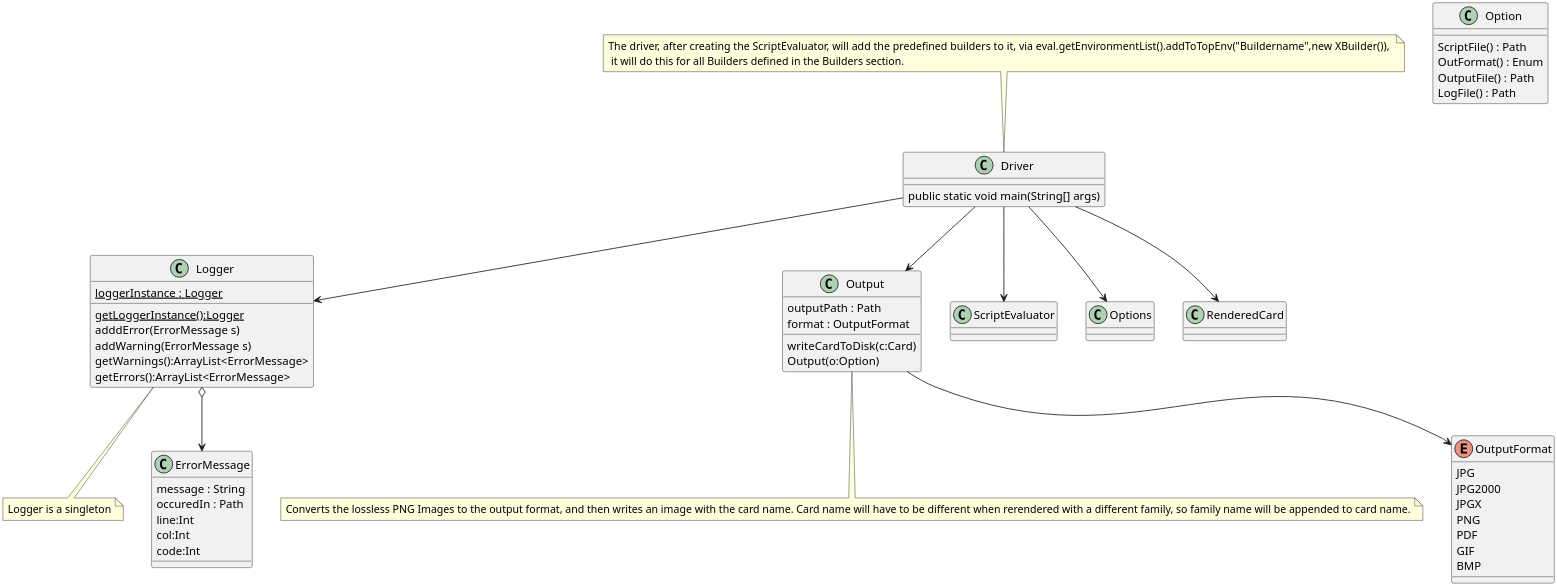
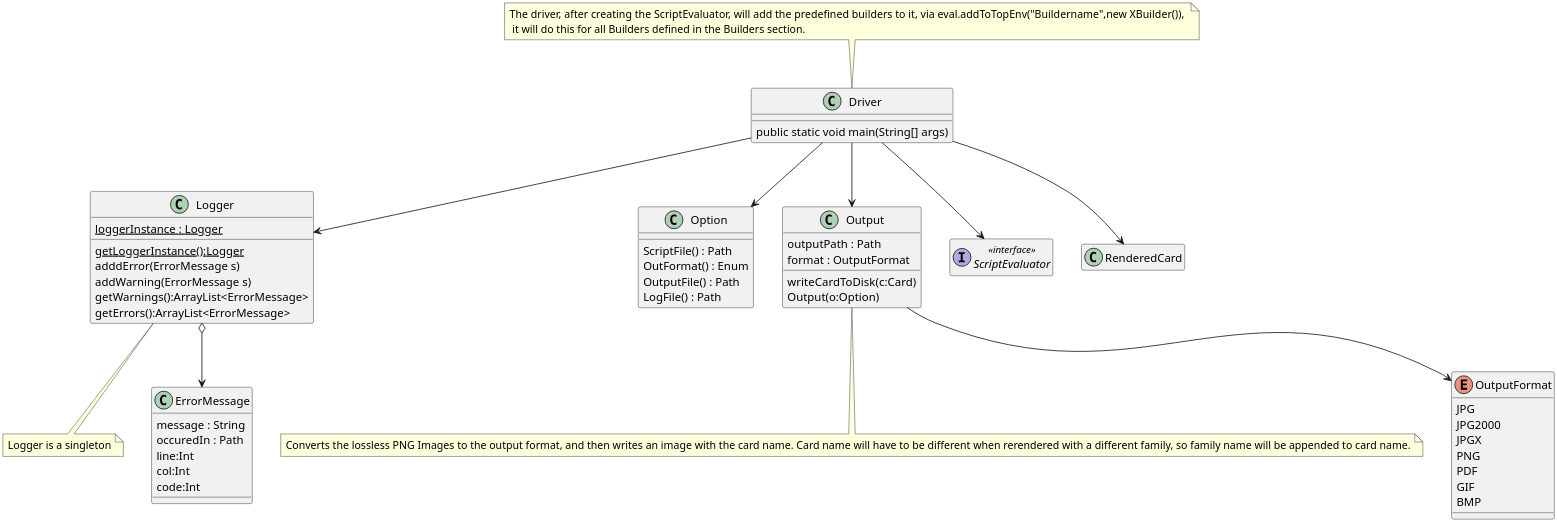
Before and after one commit to MatthewBregg/DesignPatternsRepo: the diagram in Structure/Driver.org, drawn with PlantUML. The commit also changed other lines of this file and 5 other files, not shown here.

Commit message:
Updated lexer driver script evaluator

```diff
--- a/Structure/Driver.org
+++ b/Structure/Driver.org
@@ -92,64 +92,72 @@
 #+BEGIN_SRC plantuml :file DriverUML.png
 skinparam dpi 300
 
 class Logger
 Logger : {static} loggerInstance : Logger
 Logger : {static} getLoggerInstance():Logger
 Logger : adddError(ErrorMessage s)
 Logger : addWarning(ErrorMessage s)
 Logger : getWarnings():ArrayList<ErrorMessage>
 Logger : getErrors():ArrayList<ErrorMessage>
 note bottom : Logger is a singleton 
 
 
 
 class ErrorMessage
 ErrorMessage : message : String
 ErrorMessage : occuredIn : Path
 ErrorMessage : line:Int
 ErrorMessage : col:Int
 ErrorMessage : code:Int
 
 Logger o--> ErrorMessage 
 
 class Option
 Option : ScriptFile() : Path
 Option : OutFormat() : Enum
 Option : OutputFile() : Path
 Option : LogFile() : Path
 
 class Output
 Output : outputPath : Path
 Output : format : OutputFormat
 Output : writeCardToDisk(c:Card)
 Output : Output(o:Option)
 note bottom : Converts the lossless PNG Images to the output format, and then writes an image with the card name. Card name will have to be different when rerendered with a different family, so family name will be appended to card name.
 
 
 enum OutputFormat {
   JPG
   JPG2000
   JPGX
   PNG
   PDF
   GIF
   BMP
 }
 
 class Driver
 Driver : public static void main(String[] args)
 
-note top : The driver, after creating the ScriptEvaluator, will add the predefined builders to it, via eval.getEnvironmentList().addToTopEnv("Buildername",new XBuilder()), \n it will do this for all Builders defined in the Builders section.
+note top : The driver, after creating the ScriptEvaluator, will add the predefined builders to it, via eval.addToTopEnv("Buildername",new XBuilder()), \n it will do this for all Builders defined in the Builders section.
 
 Output --> OutputFormat
 
+interface ScriptEvaluator << interface >>
+hide ScriptEvaluator methods
+hide ScriptEvaluator members
+
+class RenderedCard
+hide RenderedCard methods
+hide RenderedCard members
+
 Driver --> Output
 Driver --> ScriptEvaluator
-Driver --> Options
+Driver --> Option
 Driver --> Logger
 Driver --> RenderedCard
   
 
 
 
 #+END_SRC
```
